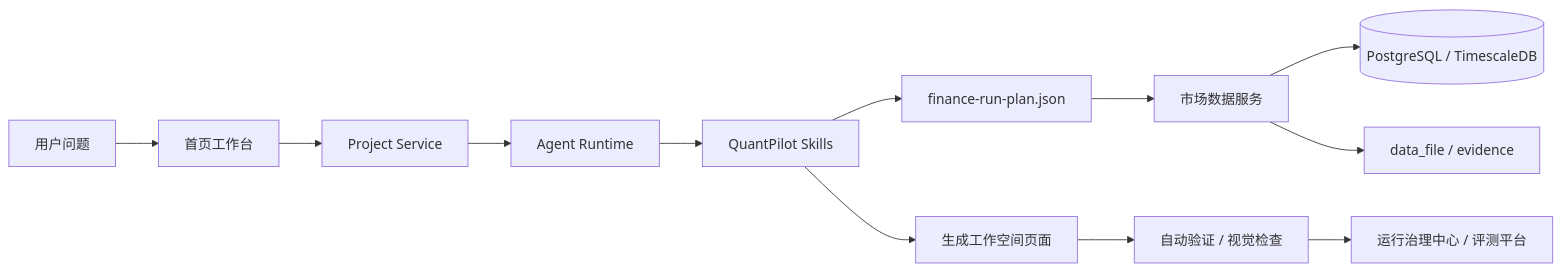
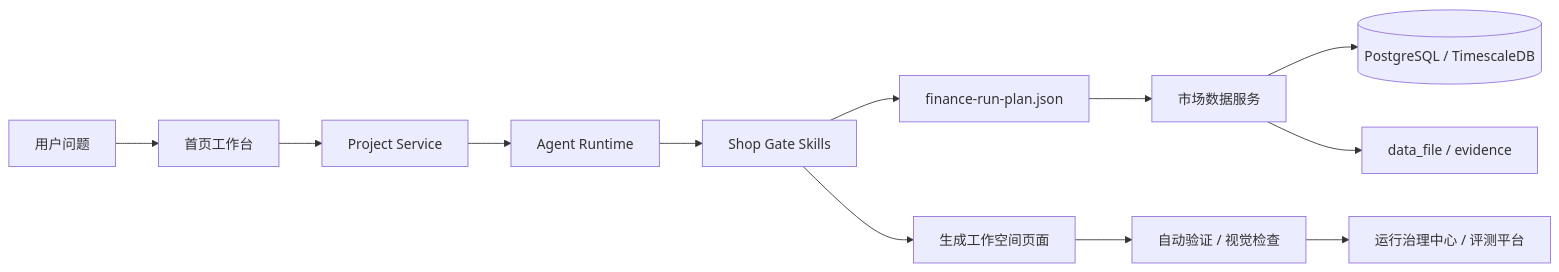
Before and after one commit to betterkite/shop-gate: the diagram in docs/internal-components.md, drawn with Mermaid. The commit also changed other lines of this file and 448 other files, not shown here.

````diff
--- a/docs/internal-components.md
+++ b/docs/internal-components.md
@@ -26,14 +26,14 @@
 ```mermaid
 flowchart LR
   U[用户问题] --> H[首页工作台]
   H --> P[Project Service]
   P --> A[Agent Runtime]
-  A --> S[QuantPilot Skills]
+  A --> S[Shop Gate Skills]
   S --> RP[finance-run-plan.json]
   RP --> MD[市场数据服务]
   MD --> DB[(PostgreSQL / TimescaleDB)]
   MD --> DF[data_file / evidence]
   S --> WS[生成工作空间页面]
   WS --> V[自动验证 / 视觉检查]
   V --> OP[运行治理中心 / 评测平台]
 ```
````
